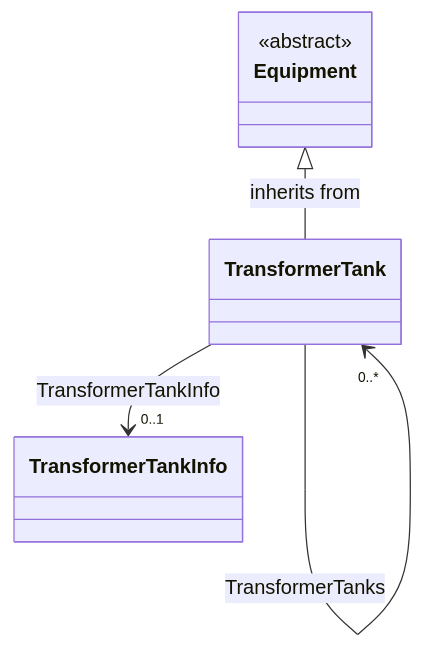
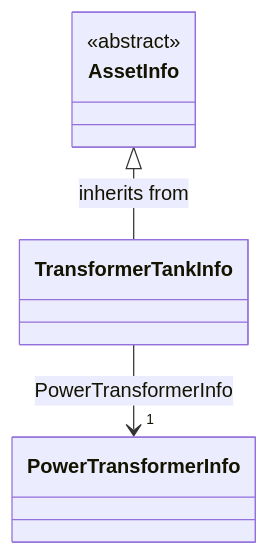
One commit to PNNL-CIM-Tools/CIM-Graph changed the seventh of 14 diagrams in cimgraph/data_profile/cim18gmdm/asset/Asset.rdfs-t2b.md. Above: the diagram before and after it, drawn with Mermaid. The commit also changed other lines of this file and 36 other files, not shown here.

````diff
--- a/cimgraph/data_profile/cim18gmdm/asset/Asset.rdfs-t2b.md
+++ b/cimgraph/data_profile/cim18gmdm/asset/Asset.rdfs-t2b.md
@@ -574,18 +375,17 @@
 ```mermaid
 classDiagram
 direction TB
 
-class TransformerTank {
+class TransformerTankInfo {
 }
 
-class Equipment {
+class AssetInfo {
 <<abstract>>
 }
 
-Equipment <|-- TransformerTank : inherits from
-class TransformerTankInfo {
+AssetInfo <|-- TransformerTankInfo : inherits from
+class PowerTransformerInfo {
 }
 
-TransformerTank --> "0..1" TransformerTankInfo : TransformerTankInfo
-TransformerTank --> "0..*" TransformerTank : TransformerTanks
+TransformerTankInfo --> "1" PowerTransformerInfo : PowerTransformerInfo
 ```
````
